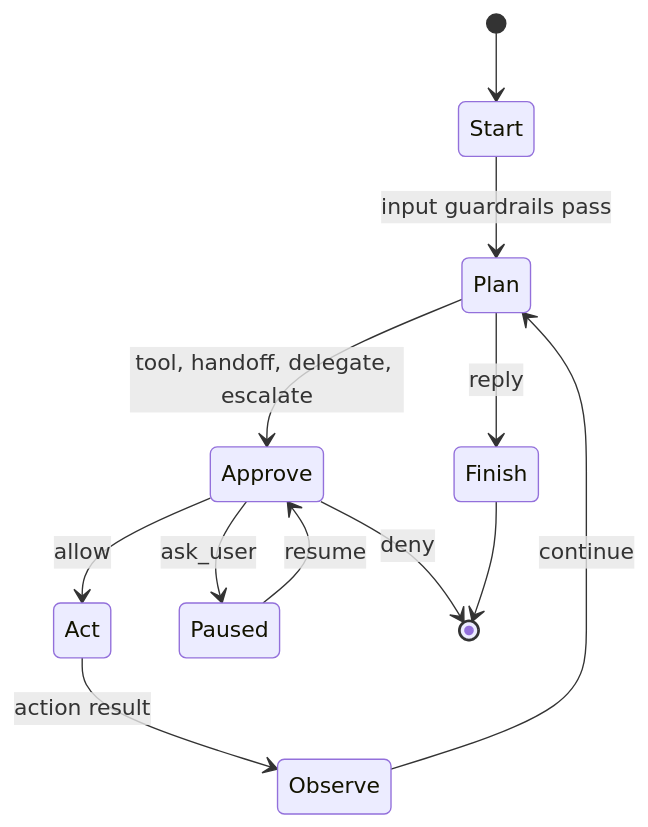
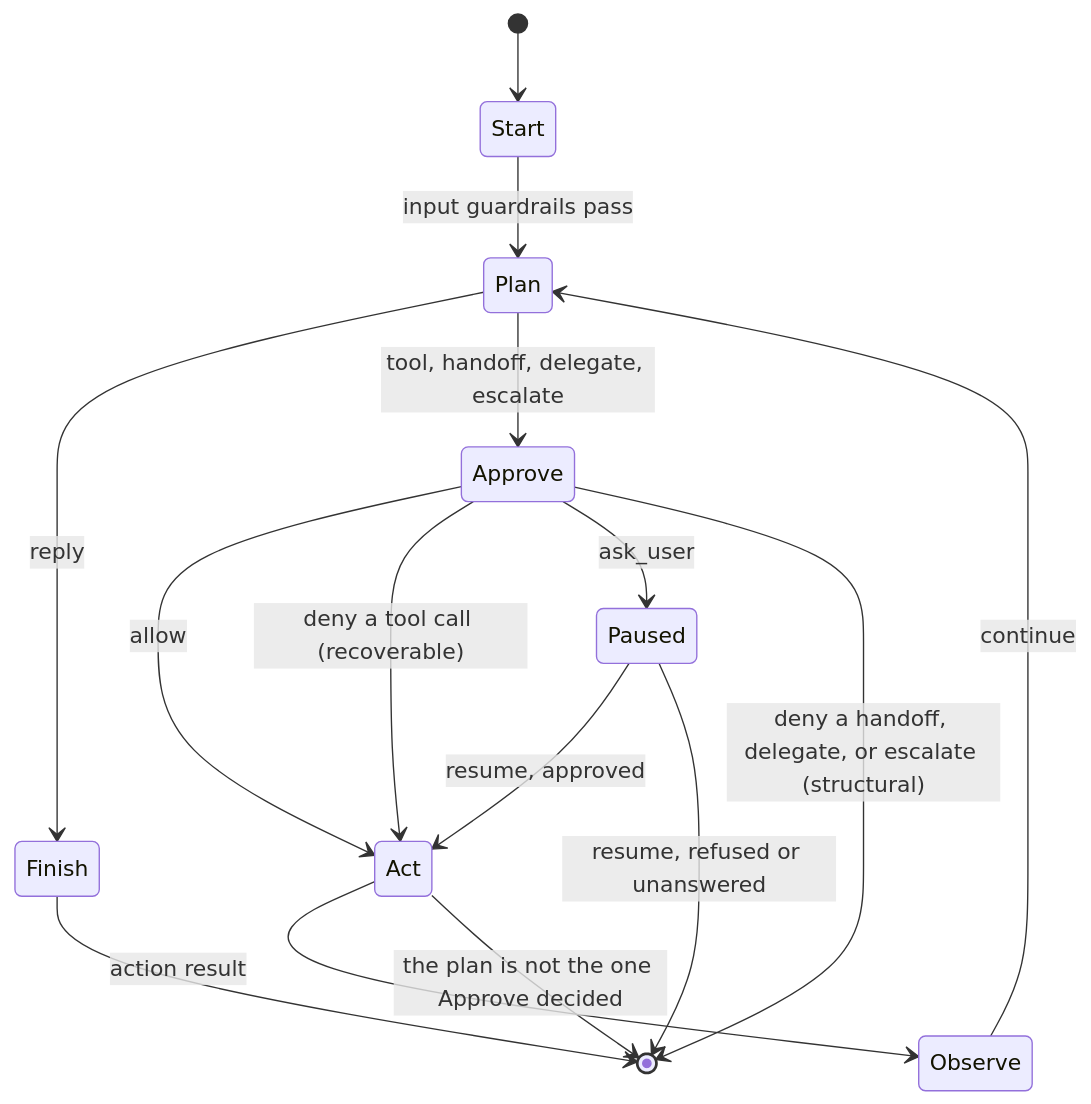
The diagram in DESIGN.md (jiyuan/AgentOS), drawn with Mermaid before and after one commit. The commit also changed other lines of this file and 12 other files, not shown here.

````diff
--- a/DESIGN.md
+++ b/DESIGN.md
@@ -19,14 +19,17 @@
 ```mermaid
 stateDiagram-v2
     [*] --> Start
     Start --> Plan: input guardrails pass
     Plan --> Finish: reply
     Plan --> Approve: tool, handoff, delegate, escalate
     Approve --> Act: allow
+    Approve --> Act: deny a tool call (recoverable)
     Approve --> Paused: ask_user
-    Approve --> [*]: deny
+    Approve --> [*]: deny a handoff, delegate, or escalate (structural)
     Act --> Observe: action result
+    Act --> [*]: the plan is not the one Approve decided
     Observe --> Plan: continue
-    Paused --> Approve: resume
+    Paused --> Act: resume, approved
+    Paused --> [*]: resume, refused or unanswered
     Finish --> [*]
 ```
````
